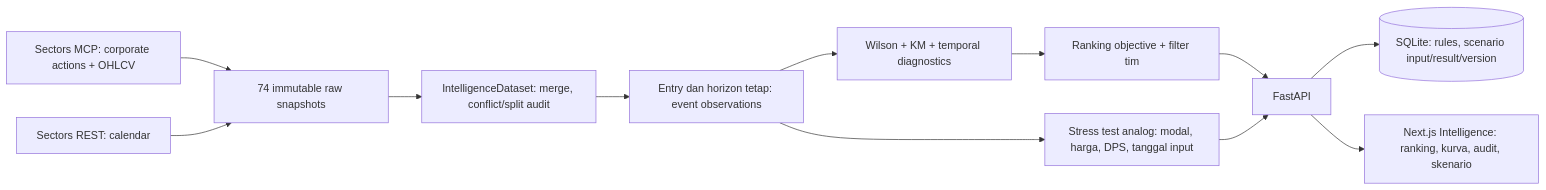
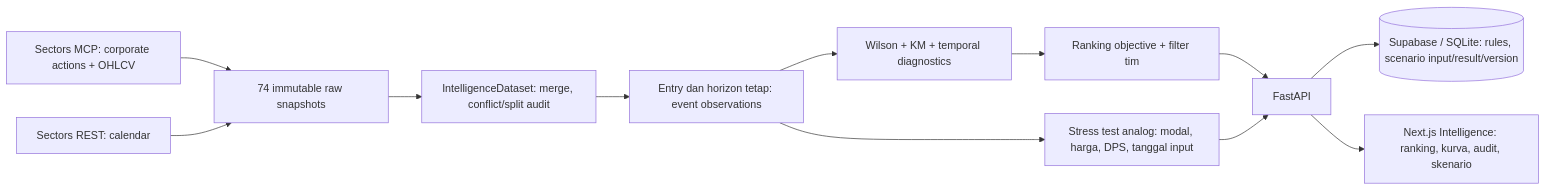
One commit to YohanesVito/horizon changed the first of 3 diagrams in README.md. Above: the diagram before and after it, drawn with Mermaid. The commit also changed other lines of this file and 63 other files, not shown here.

Commit message:
feat: migrate storage to Supabase and deploy secured FastAPI backend

````diff
--- a/README.md
+++ b/README.md
@@ -70,14 +76,14 @@
 ```mermaid
 flowchart LR
   M[Sectors MCP: corporate actions + OHLCV] --> R[74 immutable raw snapshots]
   C[Sectors REST: calendar] --> R
   R --> A[IntelligenceDataset: merge, conflict/split audit]
   A --> O[Entry dan horizon tetap: event observations]
   O --> K[Wilson + KM + temporal diagnostics]
   K --> F[Ranking objective + filter tim]
   O --> S[Stress test analog: modal, harga, DPS, tanggal input]
   F --> API[FastAPI]
   S --> API
-  API --> DB[(SQLite: rules, scenario input/result/version)]
+  API --> DB[(Supabase / SQLite: rules, scenario input/result/version)]
   API --> UI[Next.js Intelligence: ranking, kurva, audit, skenario]
 ```
````
